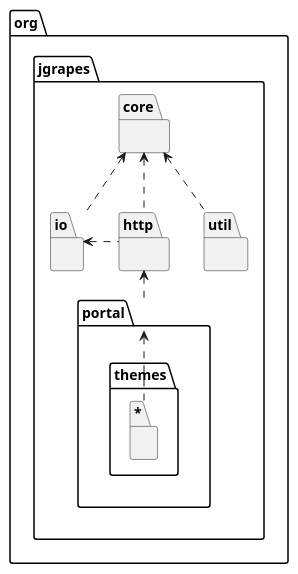
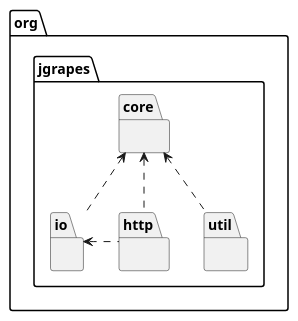
One commit to mnlipp/jgrapes changed the diagram in overview.md. Above: the diagram before and after it, drawn with PlantUML. The commit also changed other lines of this file, not shown here.

```diff
--- a/overview.md
+++ b/overview.md
@@ -33,32 +28,24 @@
 @startuml package-hierarchy.svg
 skinparam svgLinkTarget _parent
 
 package org.jgrapes {
     package org.jgrapes.core [[org/jgrapes/core/package-summary.html#package.description]] {
     }
 
     package org.jgrapes.util [[org/jgrapes/util/package-summary.html#package.description]] {
     }
 
     package org.jgrapes.io [[org/jgrapes/io/package-summary.html#package.description]] {
     }
 
     package org.jgrapes.http [[org/jgrapes/http/package-summary.html#package.description]] {
     }
-
-    package org.jgrapes.portal [[org/jgrapes/portal/package-summary.html#package.description]] {
-    }
-
-    package "org.jgrapes.portal.themes.*" {
-    }
 }
 
 org.jgrapes.core <.. org.jgrapes.io
 org.jgrapes.core <.. org.jgrapes.util
 org.jgrapes.core <.. org.jgrapes.http
 org.jgrapes.io <.right. org.jgrapes.http
-org.jgrapes.http <.. org.jgrapes.portal
-org.jgrapes.portal <.. "org.jgrapes.portal.themes.*"
 
 
 @enduml
```
